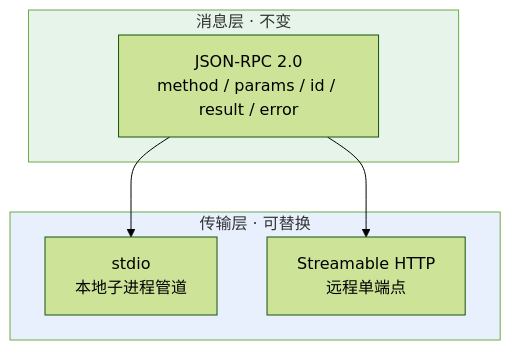
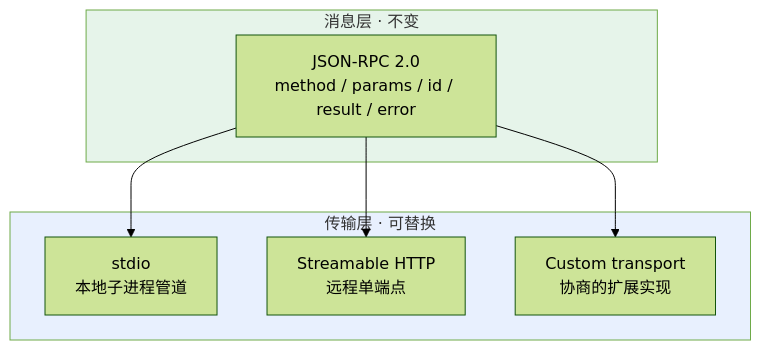
One commit to oneleaveknowsthefall/awesome-ai-roadmap changed the first of 4 diagrams in docs/tools/12-mcp-transport.md. Above: the diagram before and after it, drawn with Mermaid (forest theme). The commit also changed other lines of this file and 77 other files, not shown here.

Commit message:
docs: audit and modernize the AI roadmap

````diff
--- a/docs/tools/12-mcp-transport.md
+++ b/docs/tools/12-mcp-transport.md
@@ -7,17 +7,19 @@
 ```mermaid
 flowchart TB
     subgraph MSG["消息层 · 不变"]
         J["JSON-RPC 2.0<br/>method / params / id / result / error"]
     end
 
     subgraph TRANS["传输层 · 可替换"]
         T1["stdio<br/>本地子进程管道"]
         T2["Streamable HTTP<br/>远程单端点"]
+        T3["Custom transport<br/>协商的扩展实现"]
     end
 
     J --> T1
     J --> T2
+    J --> T3
 
     style MSG fill:#e6f4ea
     style TRANS fill:#e8f0fe
 ```
````
